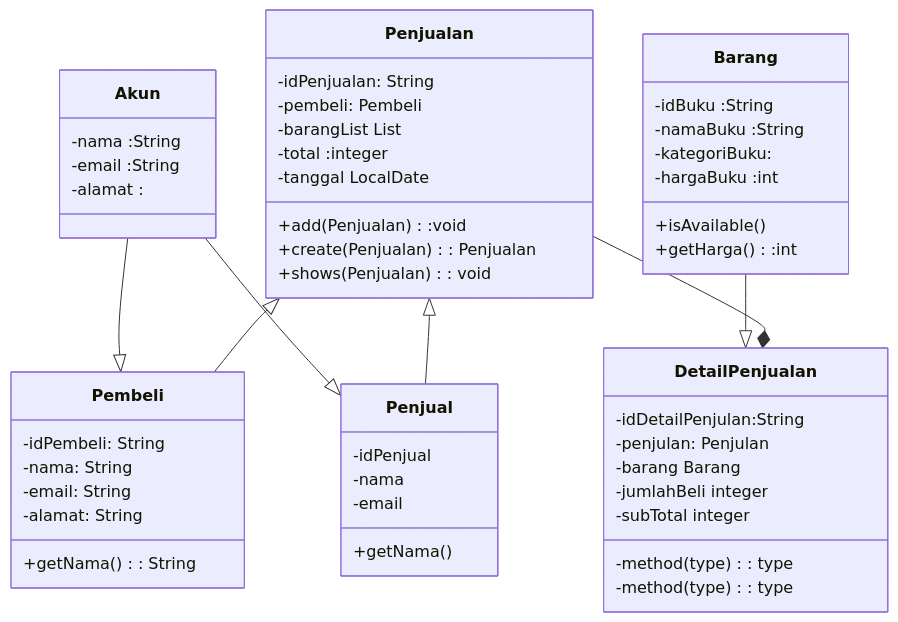
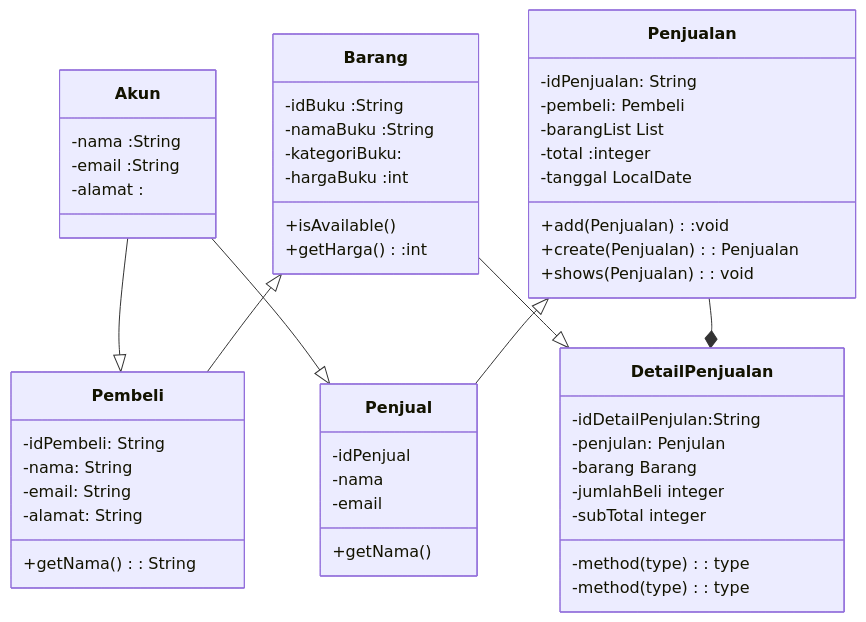
Before and after one commit to ikhsanhazamy/UAS-DASPRO: the diagram in README.md, drawn with Mermaid.

````diff
--- a/README.md
+++ b/README.md
@@ -3,57 +3,57 @@
 ```mermaid
 classDiagram
     class Akun{
         -nama :String
         -email :String
         -alamat :
     }
     class Barang{
         -idBuku :String
         -namaBuku :String
         -kategoriBuku:
         -hargaBuku :int
         +isAvailable() 
         +getHarga():int
     }
     class Pembeli{
         -idPembeli: String 
         -nama: String 
         -email: String 
         -alamat: String 
         +getNama(): String
     }
 
     class Penjual{
         -idPenjual
         -nama
         -email
         +getNama()
     }
     class Penjualan{
         -idPenjualan: String 
         -pembeli: Pembeli 
         -barangList List<Barang>  
         -total :integer  
         -tanggal LocalDate  
         +add(Penjualan):void   
         +create(Penjualan): Penjualan   
         +shows(Penjualan): void   
     }
     class DetailPenjualan{
         -idDetailPenjulan:String   
         -penjulan: Penjulan   
         -barang Barang    
         -jumlahBeli integer    
         -subTotal integer    
         -method(type): type    
         -method(type): type
     }
 
     Akun --|> Pembeli
     Akun --|> Penjual
     Barang --|> DetailPenjualan
     Penjualan --*  DetailPenjualan
-    Penjualan <|-- Pembeli
+    Barang <|-- Pembeli
     Penjualan <|-- Penjual
     
 ```
````
